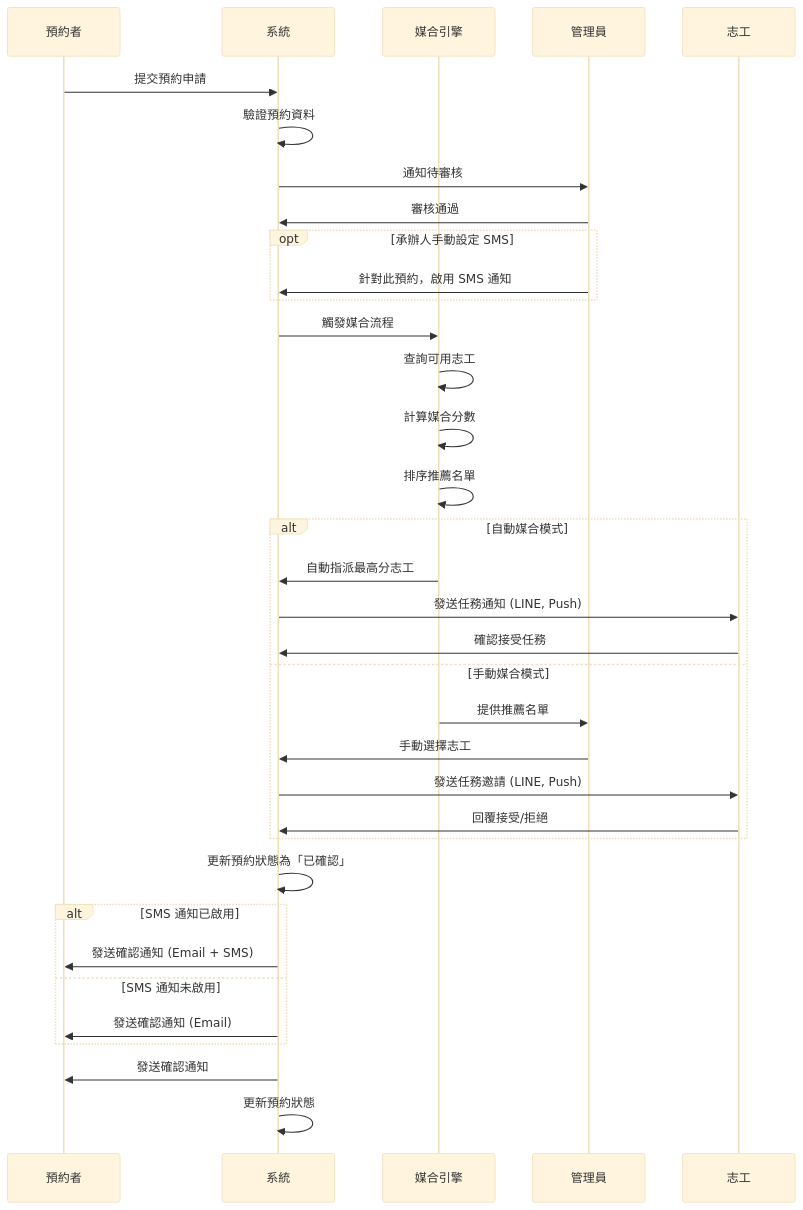
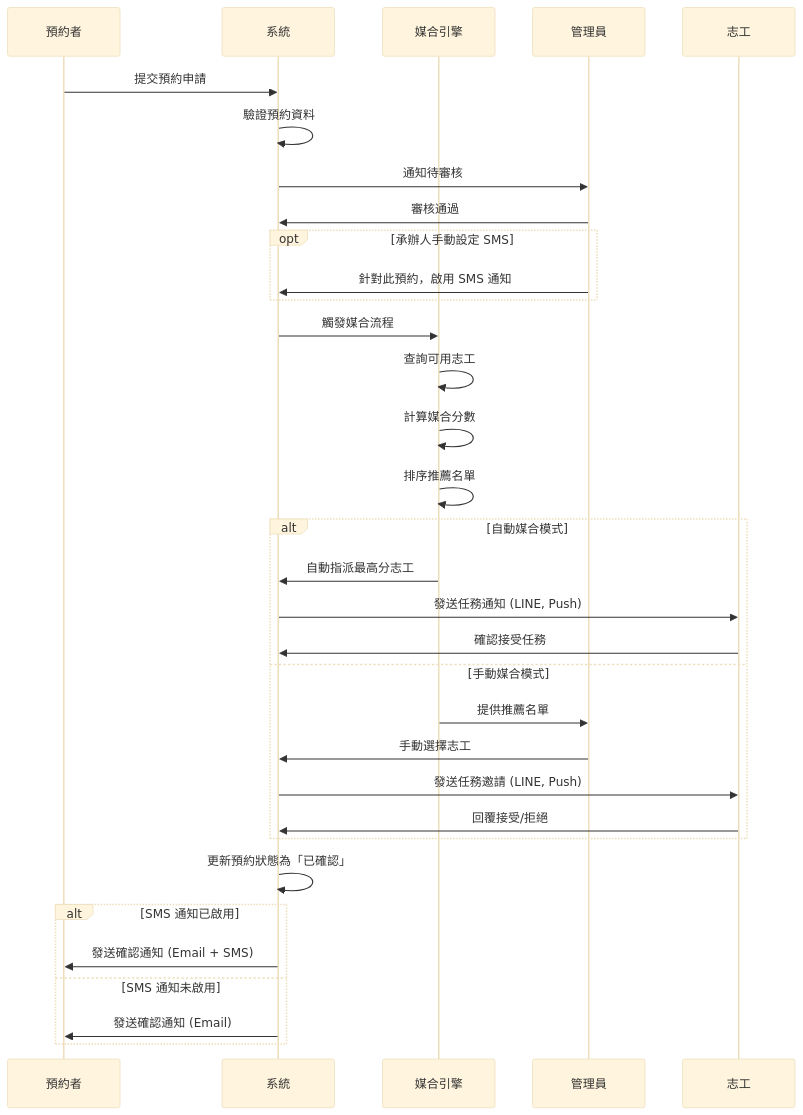
Before and after one commit to FireJosh/ttfd-civic-tech-2025: the second of 2 diagrams in README.md, drawn with Mermaid (base theme).

````diff
--- a/README.md
+++ b/README.md
@@ -271,45 +271,43 @@
 ```mermaid
 sequenceDiagram
     participant C as 預約者
     participant S as 系統
     participant M as 媒合引擎
     participant A as 管理員
     participant V as 志工
 
     C->>S: 提交預約申請
     S->>S: 驗證預約資料
     S->>A: 通知待審核
     A->>S: 審核通過
     
     opt 承辦人手動設定 SMS
         A->>S: 針對此預約，啟用 SMS 通知
     end
 
     S->>M: 觸發媒合流程
     
     M->>M: 查詢可用志工
     M->>M: 計算媒合分數
     M->>M: 排序推薦名單
     
     alt 自動媒合模式
         M->>S: 自動指派最高分志工
         S->>V: 發送任務通知 (LINE, Push)
         V->>S: 確認接受任務
     else 手動媒合模式
         M->>A: 提供推薦名單
         A->>S: 手動選擇志工
         S->>V: 發送任務邀請 (LINE, Push)
         V->>S: 回覆接受/拒絕
     end
     
     S->>S: 更新預約狀態為「已確認」
 
     alt SMS 通知已啟用
         S->>C: 發送確認通知 (Email + SMS)
     else SMS 通知未啟用
         S->>C: 發送確認通知 (Email)
     end
     
-    S->>C: 發送確認通知
-    S->>S: 更新預約狀態
 ```
````
